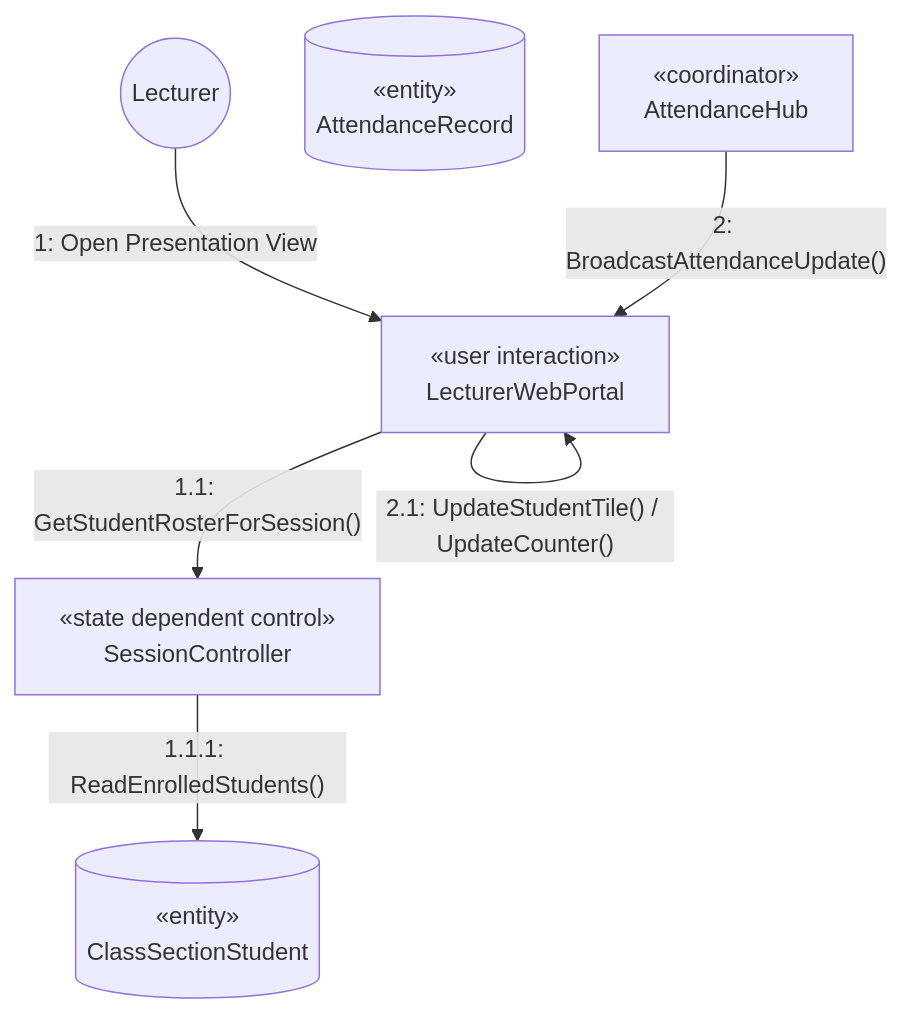
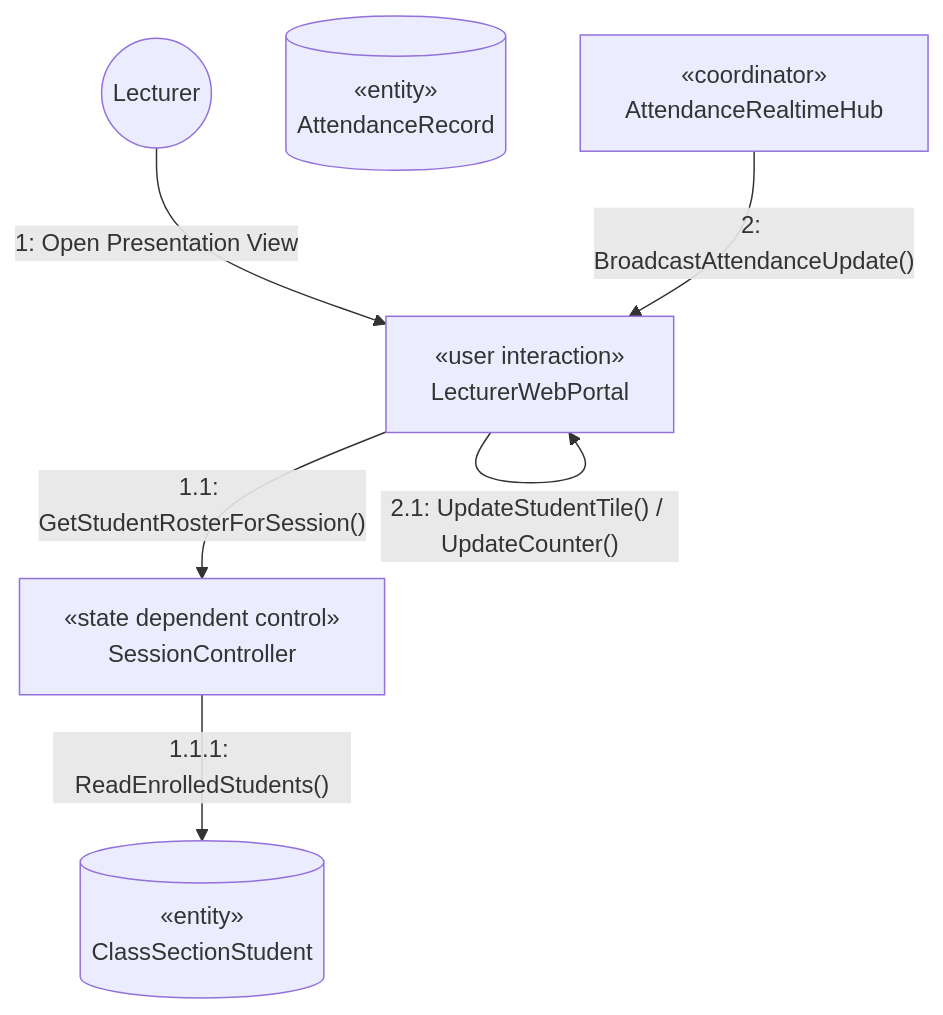
Before and after one commit to nttung42/SWD392: diagram 16 of 27 in AFAS_RDS_Document_Part1B_Analysis_models.md, drawn with Mermaid. The commit also changed other lines of this file and 3 other files, not shown here.

````diff
--- a/AFAS_RDS_Document_Part1B_Analysis_models.md
+++ b/AFAS_RDS_Document_Part1B_Analysis_models.md
@@ -968,16 +965,16 @@
 ```mermaid
 graph TD
     GV((Lecturer))
     LWP["«user interaction»<br>LecturerWebPortal"]
     SC["«state dependent control»<br>SessionController"]
     CS[("«entity»<br>ClassSectionStudent")]
     AR[("«entity»<br>AttendanceRecord")]
-    WSH["«coordinator»<br>AttendanceHub"]
+    WSH["«coordinator»<br>AttendanceRealtimeHub"]
 
     GV -->|"1: Open Presentation View"| LWP
     LWP -->|"1.1: GetStudentRosterForSession()"| SC
     SC -->|"1.1.1: ReadEnrolledStudents()"| CS
     
     WSH -->|"2: BroadcastAttendanceUpdate()"| LWP
     LWP -->|"2.1: UpdateStudentTile() / UpdateCounter()"| LWP
 ```
````
